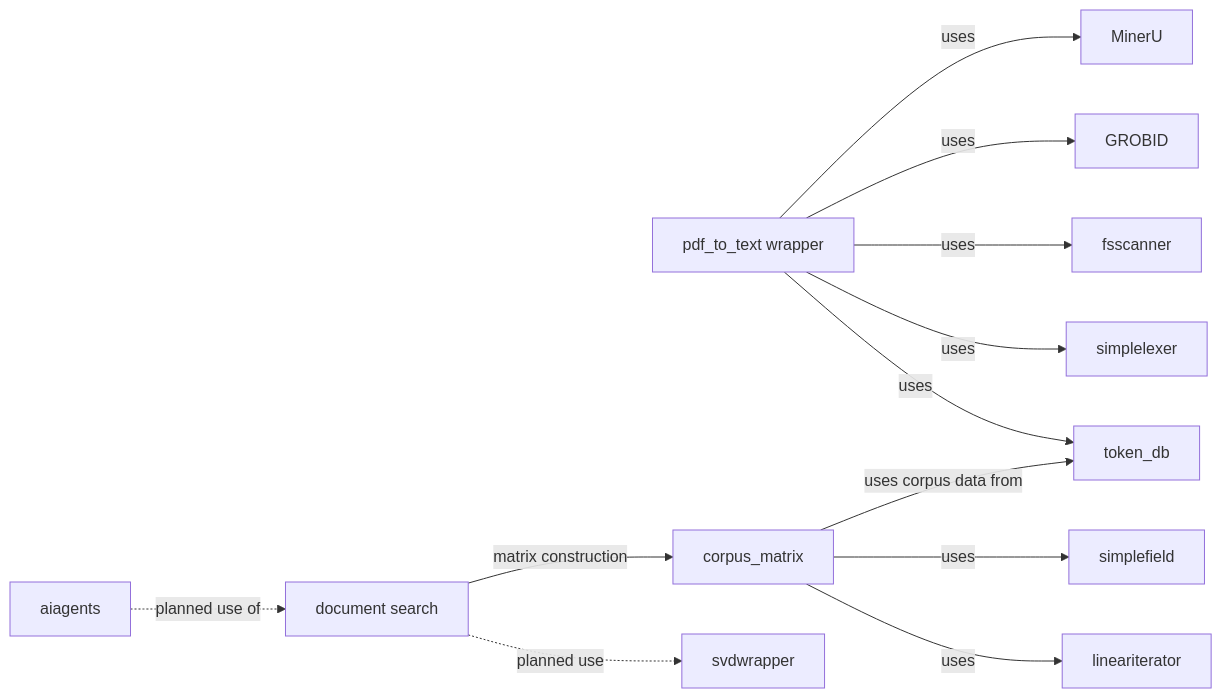
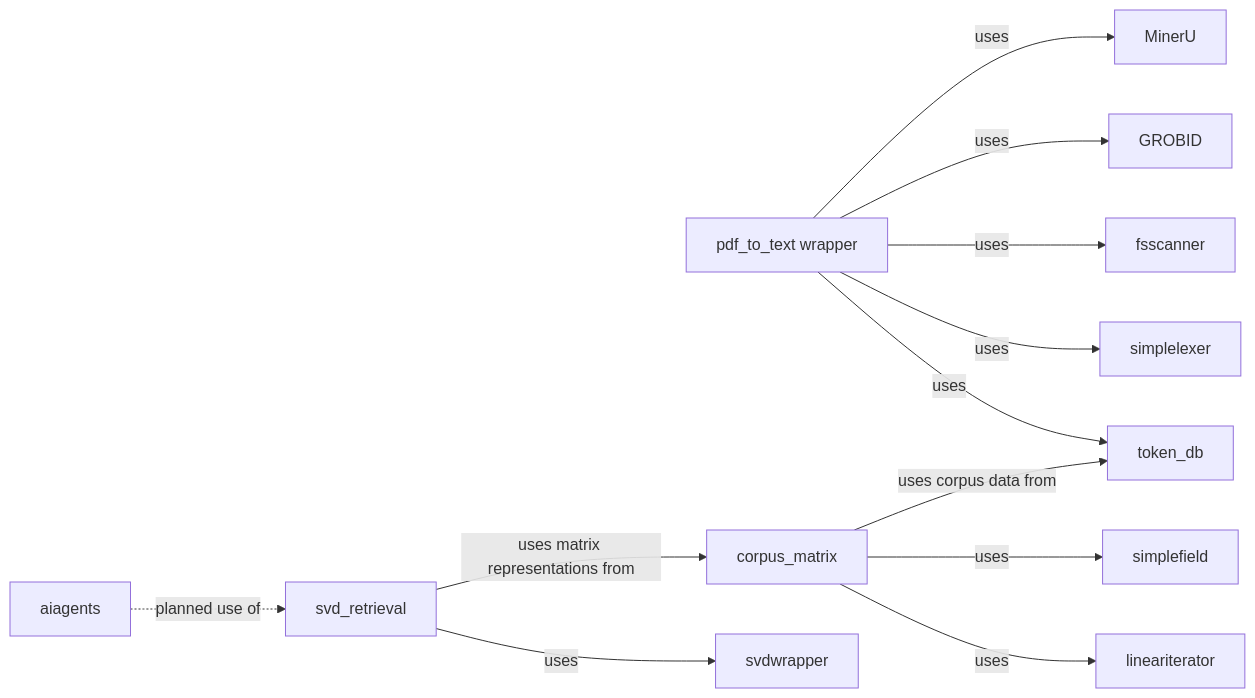
Before and after one commit to witold-k/witold-k: the fourth of 6 diagrams in README.md, drawn with Mermaid. The commit also changed other lines of this file, not shown here.

Commit message:
add svd_retrieval to profile overview

````diff
--- a/README.md
+++ b/README.md
@@ -77,14 +82,14 @@
 ```mermaid
 flowchart LR
     P[pdf_to_text wrapper] -->|uses| MU[MinerU]
     P -->|uses| GR[GROBID]
     P -->|uses| FS[fsscanner]
     P -->|uses| LX[simplelexer]
     P -->|uses| T[token_db]
     CM[corpus_matrix] -->|uses corpus data from| T
     CM -->|uses| SF[simplefield]
     CM -->|uses| LI[lineariterator]
-    SEARCH[document search] -->|matrix construction| CM
-    SEARCH -.->|planned use| SVD[svdwrapper]
-    A[aiagents] -.->|planned use of| SEARCH
+    R[svd_retrieval] -->|uses matrix representations from| CM
+    R -->|uses| SVD[svdwrapper]
+    A[aiagents] -.->|planned use of| R
 ```
````
